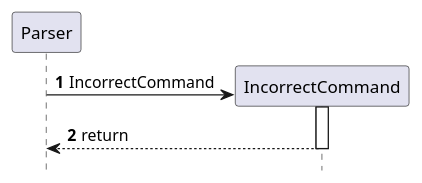
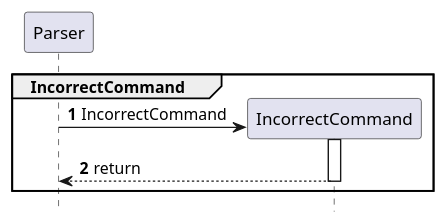
The diagram in docs/sequenceDiagrams/IncorrectCommand.puml (nus-cs2113-AY2122S2/tp), drawn with PlantUML before and after one commit. The commit also changed 17 other files, not shown here.

Commit message:
add sequnce diagram to DG

```diff
--- a/docs/sequenceDiagrams/IncorrectCommand.puml
+++ b/docs/sequenceDiagrams/IncorrectCommand.puml
@@ -1,13 +1,15 @@
 @startuml
+
+group IncorrectCommand
 'https://plantuml.com/sequence-diagram
 
 hide footbox
 autonumber
 
 
 Parser -> IncorrectCommand **: IncorrectCommand
 Activate IncorrectCommand
 Parser <-- IncorrectCommand: return
 Deactivate IncorrectCommand
-
+end
 @enduml
```
